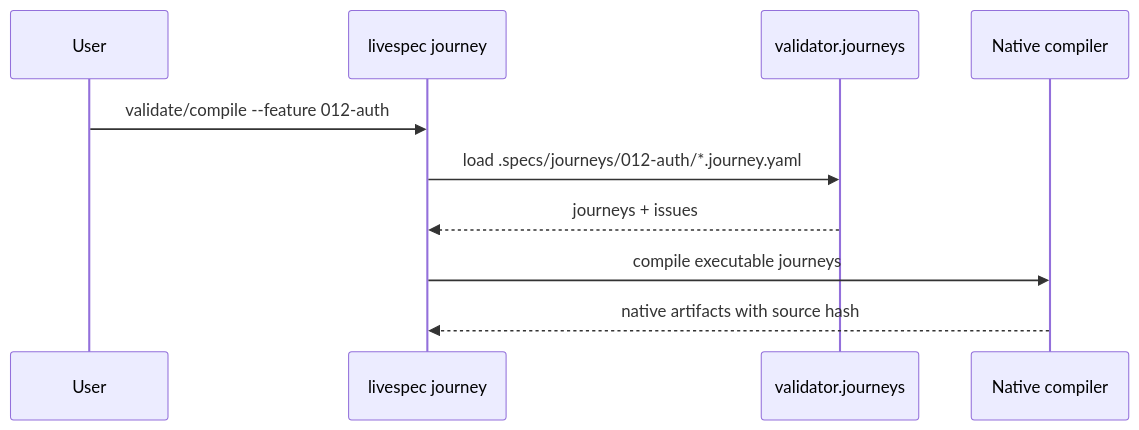
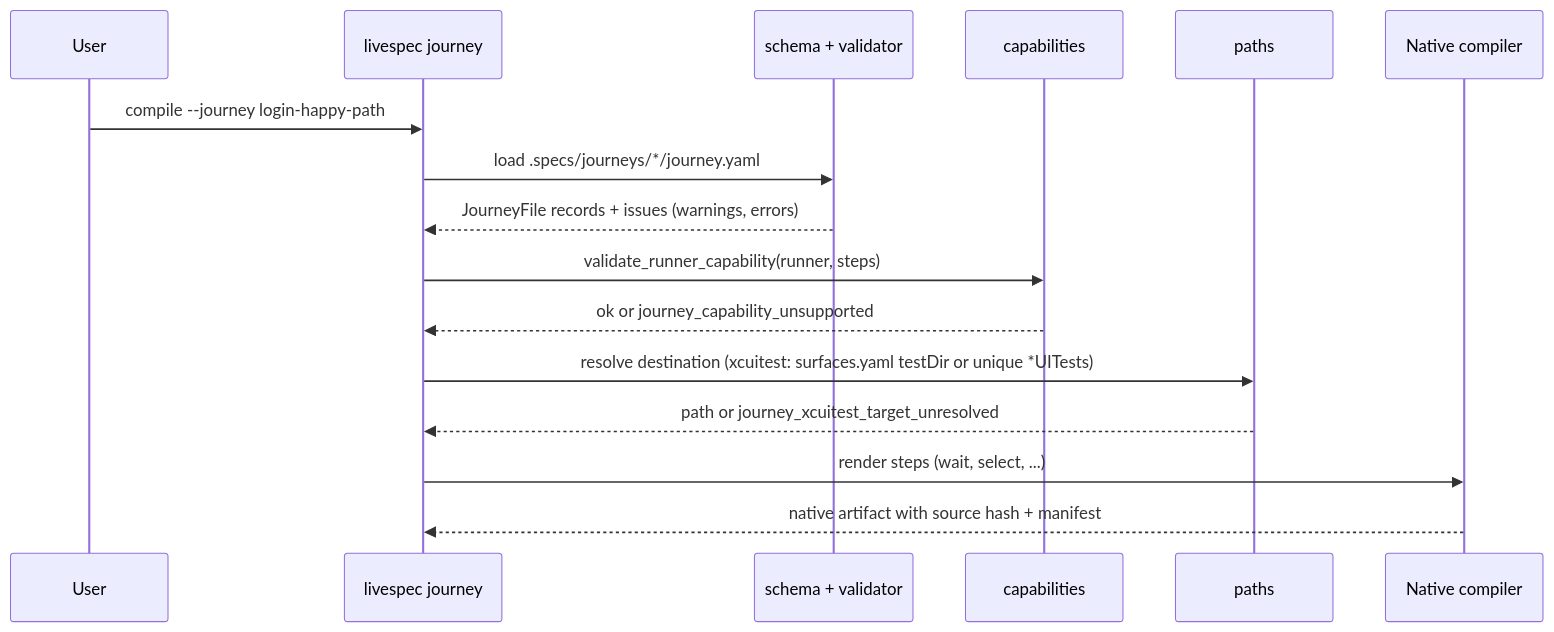
One commit to julien-m/livespec changed the first of 3 diagrams in .specs/features/056-executable-user-journeys/plan.md. Above: the diagram before and after it, drawn with Mermaid. The commit also changed other lines of this file and 22 other files, not shown here.

````diff
--- a/.specs/features/056-executable-user-journeys/plan.md
+++ b/.specs/features/056-executable-user-journeys/plan.md
@@ -59,12 +71,18 @@
 ```mermaid
 sequenceDiagram
     participant User
     participant CLI as livespec journey
-    participant V as validator.journeys
+    participant V as schema + validator
+    participant K as capabilities
+    participant P as paths
     participant C as Native compiler
-    User->>CLI: validate/compile --feature 012-auth
-    CLI->>V: load .specs/journeys/012-auth/*.journey.yaml
-    V-->>CLI: journeys + issues
-    CLI->>C: compile executable journeys
-    C-->>CLI: native artifacts with source hash
+    User->>CLI: compile --journey login-happy-path
+    CLI->>V: load .specs/journeys/*/journey.yaml
+    V-->>CLI: JourneyFile records + issues (warnings, errors)
+    CLI->>K: validate_runner_capability(runner, steps)
+    K-->>CLI: ok or journey_capability_unsupported
+    CLI->>P: resolve destination (xcuitest: surfaces.yaml testDir or unique *UITests)
+    P-->>CLI: path or journey_xcuitest_target_unresolved
+    CLI->>C: render steps (wait, select, ...)
+    C-->>CLI: native artifact with source hash + manifest
 ```
````
